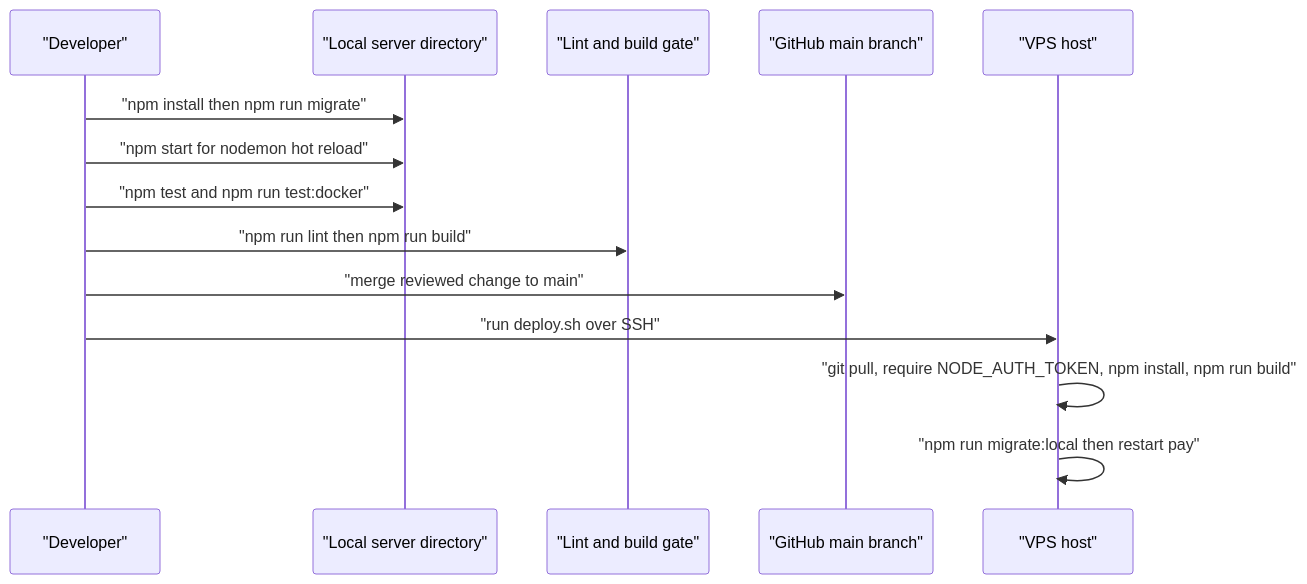
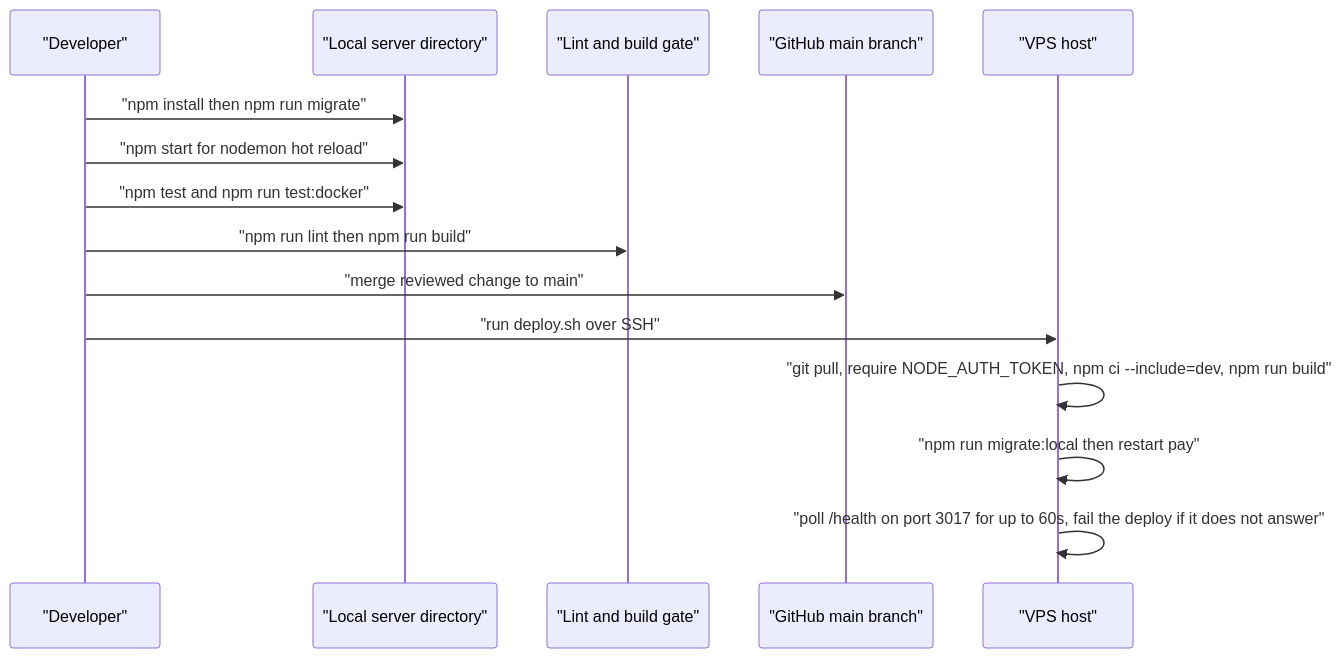
The diagram in content/repos/Jeffrey-Keyser-pay/Iteration-Loop.md (Jeffrey-Keyser/project-wiki), drawn with Mermaid before and after one commit. The commit also changed other lines of this file and 2 other files, not shown here.

````diff
--- a/content/repos/Jeffrey-Keyser-pay/Iteration-Loop.md
+++ b/content/repos/Jeffrey-Keyser-pay/Iteration-Loop.md
@@ -10,16 +10,17 @@
 ```mermaid
 sequenceDiagram
   participant Dev as "Developer"
   participant Local as "Local server directory"
   participant Gate as "Lint and build gate"
   participant Git as "GitHub main branch"
   participant Host as "VPS host"
   Dev->>Local: "npm install then npm run migrate"
   Dev->>Local: "npm start for nodemon hot reload"
   Dev->>Local: "npm test and npm run test:docker"
   Dev->>Gate: "npm run lint then npm run build"
   Dev->>Git: "merge reviewed change to main"
   Dev->>Host: "run deploy.sh over SSH"
-  Host->>Host: "git pull, require NODE_AUTH_TOKEN, npm install, npm run build"
+  Host->>Host: "git pull, require NODE_AUTH_TOKEN, npm ci --include=dev, npm run build"
   Host->>Host: "npm run migrate:local then restart pay"
+  Host->>Host: "poll /health on port 3017 for up to 60s, fail the deploy if it does not answer"
 ```
````
